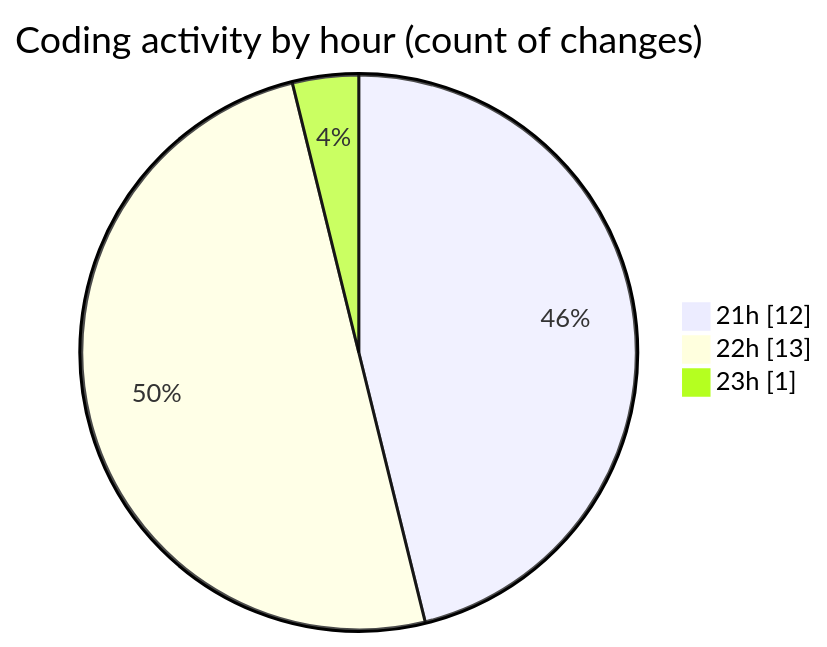
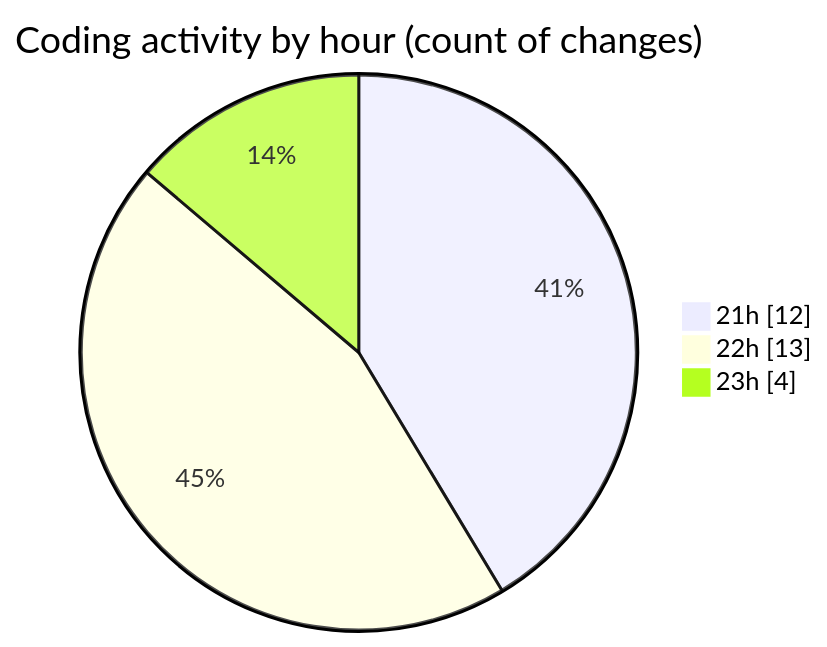
The second of 2 diagrams in 2025-03-08/elitesgpt/README.md (Elitesun/code-tracking), drawn with Mermaid before and after one commit. The commit also changed other lines of this file and 1 other file, not shown here.

````diff
--- a/2025-03-08/elitesgpt/README.md
+++ b/2025-03-08/elitesgpt/README.md
@@ -31,7 +31,7 @@
 ```mermaid
 pie showData
 title Coding activity by hour (count of changes)
 "21h" : 12
 "22h" : 13
-"23h" : 1
+"23h" : 4
 ```
````
